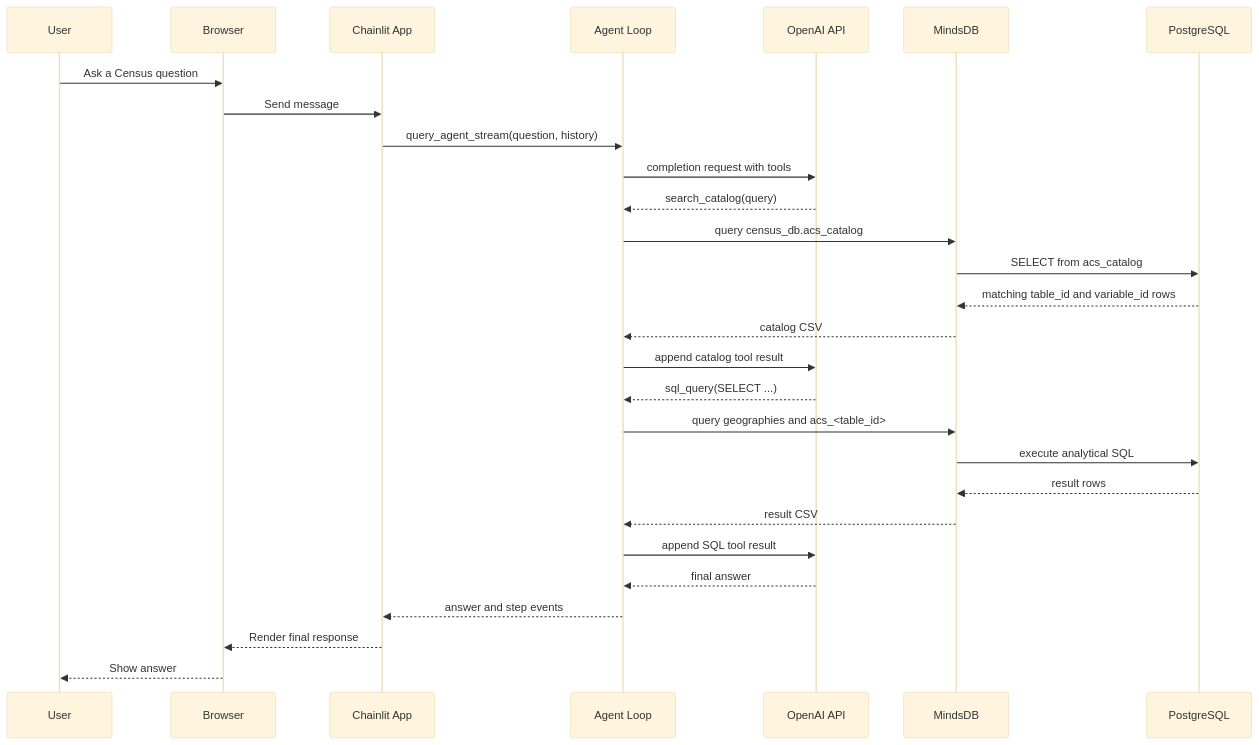
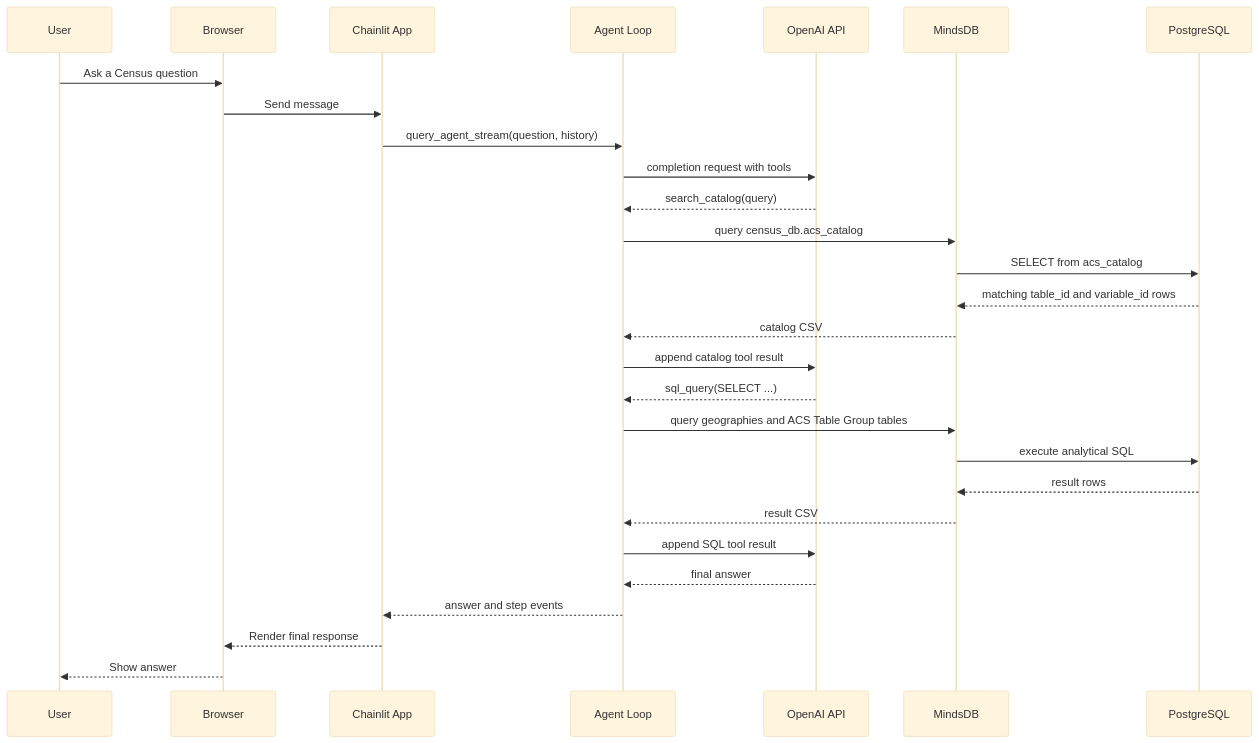
One commit to TejGandham/census-insights changed the fourth of 9 diagrams in docs/analysis/2026-03-08-current-implementation-visual-story.md. Above: the diagram before and after it, drawn with Mermaid (base theme). The commit also changed other lines of this file, not shown here.

Commit message:
Fix Mermaid rendering in visual story doc

````diff
--- a/docs/analysis/2026-03-08-current-implementation-visual-story.md
+++ b/docs/analysis/2026-03-08-current-implementation-visual-story.md
@@ -111,31 +113,31 @@
 ```mermaid
 sequenceDiagram
     participant User
     participant Browser
     participant Chainlit App
     participant Agent Loop
     participant OpenAI API
     participant MindsDB
     participant PostgreSQL
 
     User->>Browser: Ask a Census question
     Browser->>Chainlit App: Send message
     Chainlit App->>Agent Loop: query_agent_stream(question, history)
     Agent Loop->>OpenAI API: completion request with tools
     OpenAI API-->>Agent Loop: search_catalog(query)
     Agent Loop->>MindsDB: query census_db.acs_catalog
     MindsDB->>PostgreSQL: SELECT from acs_catalog
     PostgreSQL-->>MindsDB: matching table_id and variable_id rows
     MindsDB-->>Agent Loop: catalog CSV
     Agent Loop->>OpenAI API: append catalog tool result
     OpenAI API-->>Agent Loop: sql_query(SELECT ...)
-    Agent Loop->>MindsDB: query geographies and acs_<table_id>
+    Agent Loop->>MindsDB: query geographies and ACS Table Group tables
     MindsDB->>PostgreSQL: execute analytical SQL
     PostgreSQL-->>MindsDB: result rows
     MindsDB-->>Agent Loop: result CSV
     Agent Loop->>OpenAI API: append SQL tool result
     OpenAI API-->>Agent Loop: final answer
     Agent Loop-->>Chainlit App: answer and step events
     Chainlit App-->>Browser: Render final response
     Browser-->>User: Show answer
 ```
````
